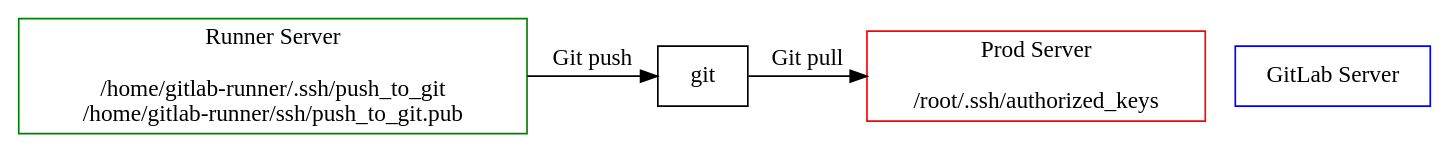
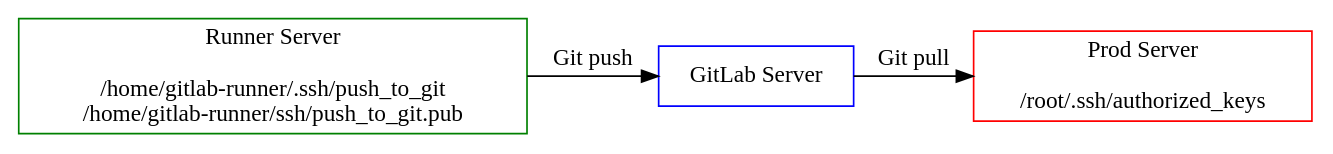
Before and after one commit to atsaloli/cicd: the diagram in img/deploy-git.dot, drawn with Graphviz. The commit also changed 1 other file, not shown here.

```diff
--- a/img/deploy-git.dot
+++ b/img/deploy-git.dot
@@ -1,12 +1,12 @@
 digraph G {
   node [ shape = box ];
 
   gitlab_runner [ label = "Runner Server\n\n/home/gitlab-runner/.ssh/push_to_git\n/home/gitlab-runner/ssh/push_to_git.pub"  color = green  style = filled fillcolor = white ]
 
-  gitlab [ label = "GitLab Server"  color = blue  style = filled fillcolor = white ]
+  git [ label = "GitLab Server"  color = blue  style = filled fillcolor = white ]
   prod [ label = "Prod Server\n\n/root/.ssh/authorized_keys\n"  color = red  style = filled fillcolor = white ]
 
 
   gitlab_runner -> git [constraint=false label = "Git push" ];
   git -> prod [constraint=false label = "Git pull" ];
 }
```
